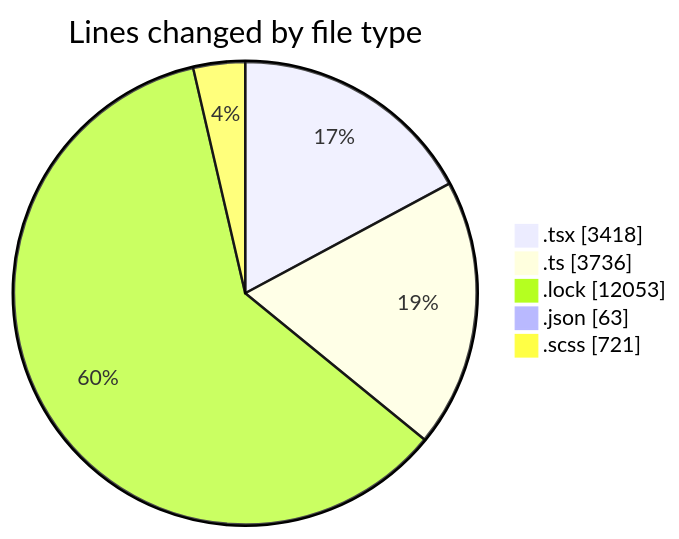
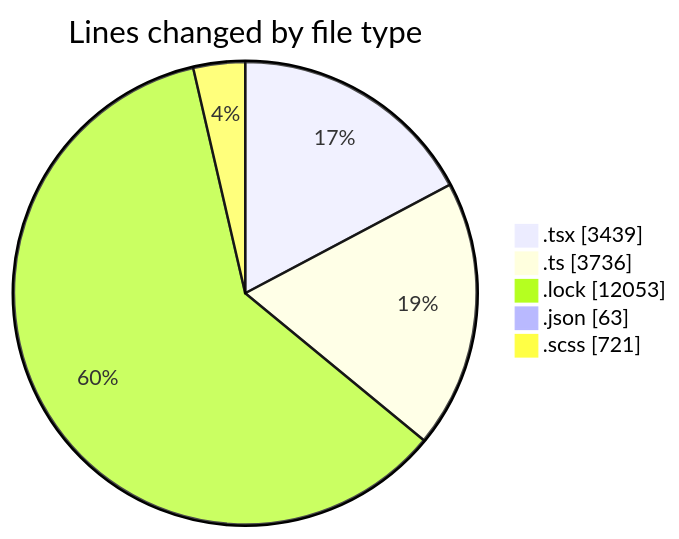
The first of 2 diagrams in 2025-12-03/cda/README.md (momahboobian/code-tracking), drawn with Mermaid before and after one commit. The commit also changed other lines of this file and 1 other file, not shown here.

````diff
--- a/2025-12-03/cda/README.md
+++ b/2025-12-03/cda/README.md
@@ -32,9 +32,9 @@
 ```mermaid
 pie showData
 title Lines changed by file type
-".tsx" : 3418
+".tsx" : 3439
 ".ts" : 3736
 ".lock" : 12053
 ".json" : 63
 ".scss" : 721
 ```
````
